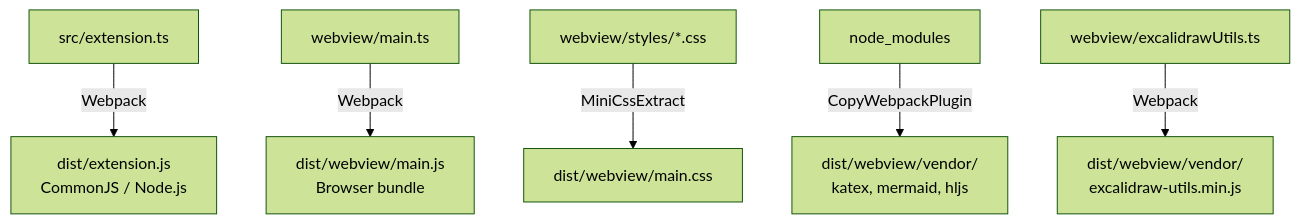
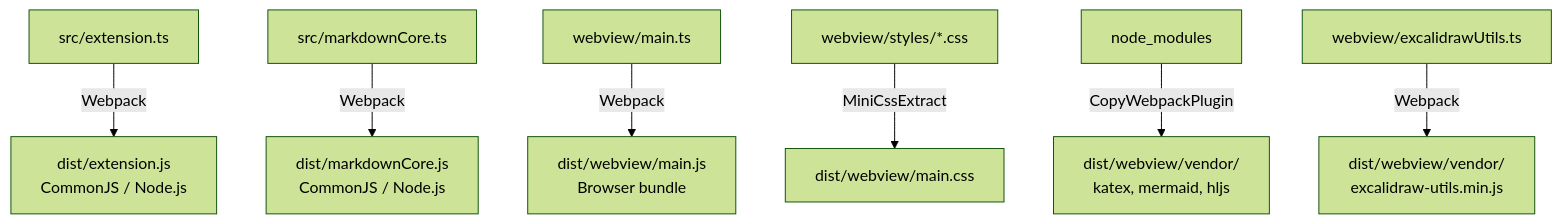
Before and after one commit to luongnv89/vscode-markdown-preview: the fourth of 4 diagrams in docs/ARCHITECTURE.md, drawn with Mermaid (forest theme). The commit also changed other lines of this file and 8 other files, not shown here.

First line of the commit message:
refactor(engine): extract shared markdown core (#54) (#118)

````diff
--- a/docs/ARCHITECTURE.md
+++ b/docs/ARCHITECTURE.md
@@ -140,8 +141,9 @@
 ```mermaid
 graph TD
     SRC[src/extension.ts] -->|Webpack| DIST1[dist/extension.js<br/>CommonJS / Node.js]
+    CORE[src/markdownCore.ts] -->|Webpack| DIST0[dist/markdownCore.js<br/>CommonJS / Node.js]
     WEB[webview/main.ts] -->|Webpack| DIST2[dist/webview/main.js<br/>Browser bundle]
     CSS[webview/styles/*.css] -->|MiniCssExtract| DIST3[dist/webview/main.css]
     VENDOR[node_modules] -->|CopyWebpackPlugin| DIST4[dist/webview/vendor/<br/>katex, mermaid, hljs]
     EXC[webview/excalidrawUtils.ts] -->|Webpack| DIST5[dist/webview/vendor/<br/>excalidraw-utils.min.js]
 ```
````
